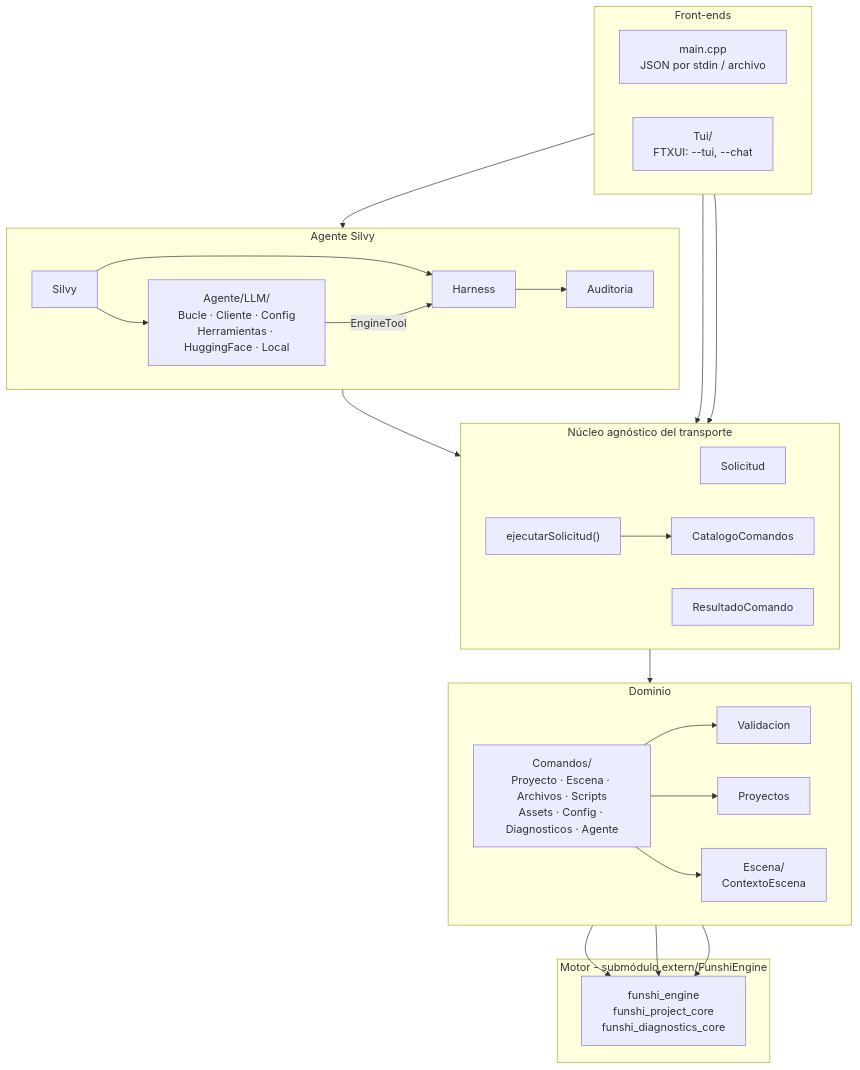
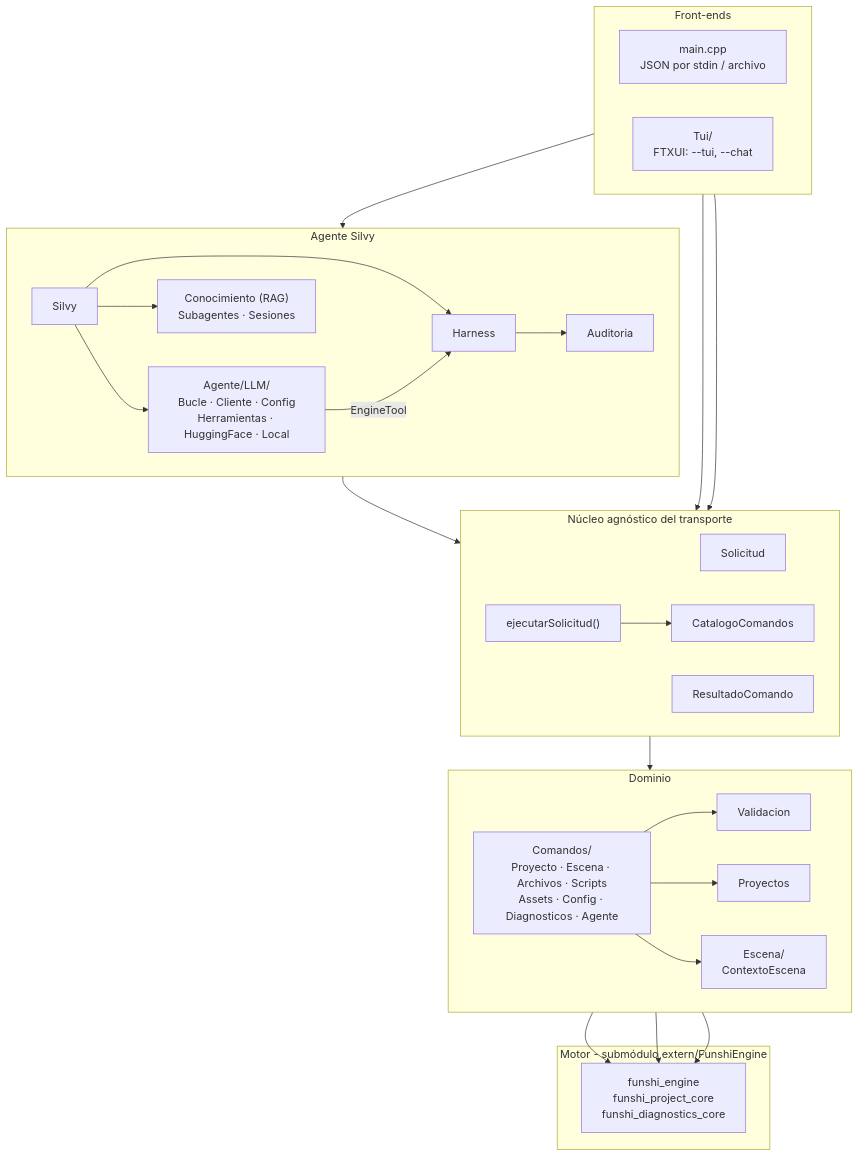
One commit to FunshiEngine/FunshiEngineCLI changed the first of 12 diagrams in doc/uml/ArquitecturaUML.es.md. Above: the diagram before and after it, drawn with Mermaid. The commit also changed other lines of this file and 8 other files, not shown here.

First line of the commit message:
docs: sesiones, RAG, subagentes y monitoreo del agente

````diff
--- a/doc/uml/ArquitecturaUML.es.md
+++ b/doc/uml/ArquitecturaUML.es.md
@@ -16,53 +16,55 @@
 ```mermaid
 graph TD
     subgraph FRONT [Front-ends]
         direction LR
         MAIN["main.cpp<br/>JSON por stdin / archivo"]
         TUI["Tui/<br/>FTXUI: --tui, --chat"]
     end
 
     subgraph AGENTE [Agente Silvy]
         direction LR
         SILVY[Silvy]
         HARNESS[Harness]
         AUD[Auditoria]
         LLM["Agente/LLM/<br/>Bucle · Cliente · Config<br/>Herramientas · HuggingFace · Local"]
+        CON["Conocimiento (RAG)<br/>Subagentes · Sesiones"]
     end
 
     subgraph NUCLEO [Núcleo agnóstico del transporte]
         direction LR
         SOL[Solicitud]
         EJ["ejecutarSolicitud()"]
         RES[ResultadoComando]
         CAT[CatalogoComandos]
     end
 
     subgraph DOMINIO [Dominio]
         direction LR
         CMD["Comandos/<br/>Proyecto · Escena · Archivos · Scripts<br/>Assets · Config · Diagnosticos · Agente"]
         VAL[Validacion]
         PRY[Proyectos]
         ESC["Escena/<br/>ContextoEscena"]
     end
 
     subgraph MOTOR [Motor - submódulo extern/FunshiEngine]
         ENG["funshi_engine<br/>funshi_project_core<br/>funshi_diagnostics_core"]
     end
 
     MAIN --> EJ
     TUI --> EJ
     TUI --> SILVY
     SILVY --> HARNESS
     SILVY --> LLM
+    SILVY --> CON
     LLM -->|EngineTool| HARNESS
     HARNESS --> EJ
     HARNESS --> AUD
     EJ --> CAT
     EJ --> CMD
     CMD --> VAL
     CMD --> PRY
     CMD --> ESC
     PRY --> ENG
     ESC --> ENG
     CMD --> ENG
 ```
````
